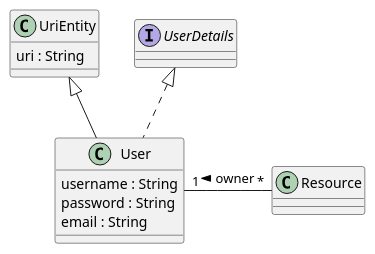
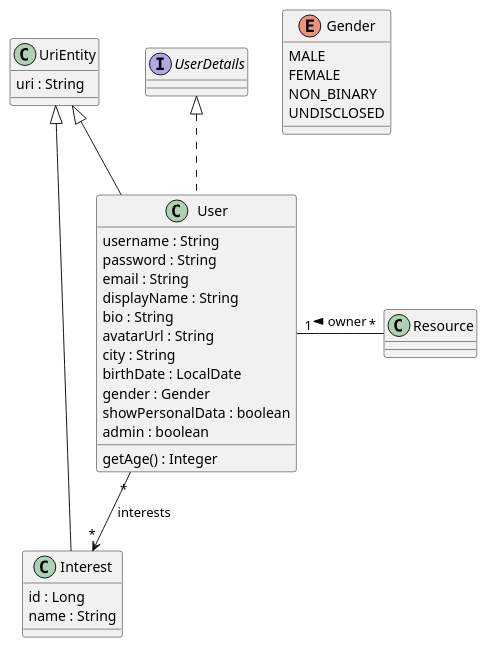
One commit to UdL-EPS-SoftArch/PlanBeBackend changed the diagram in EntitiesModel.puml. Above: the diagram before and after it, drawn with PlantUML. The commit also changed 12 other files, not shown here.

```diff
--- a/EntitiesModel.puml
+++ b/EntitiesModel.puml
@@ -1,15 +1,37 @@
 @startuml
 
 class User extends UriEntity implements UserDetails {
   username : String
   password : String
   email : String
+  displayName : String
+  bio : String
+  avatarUrl : String
+  city : String
+  birthDate : LocalDate
+  gender : Gender
+  showPersonalData : boolean
+  admin : boolean
+  getAge() : Integer
+}
+
+class Interest extends UriEntity {
+  id : Long
+  name : String
+}
+
+enum Gender {
+  MALE
+  FEMALE
+  NON_BINARY
+  UNDISCLOSED
 }
 
 class UriEntity {
   uri : String
 }
 
 User "1" --right-- "*" Resource : owner <
+User "*" --> "*" Interest : interests
 
 @enduml
```
